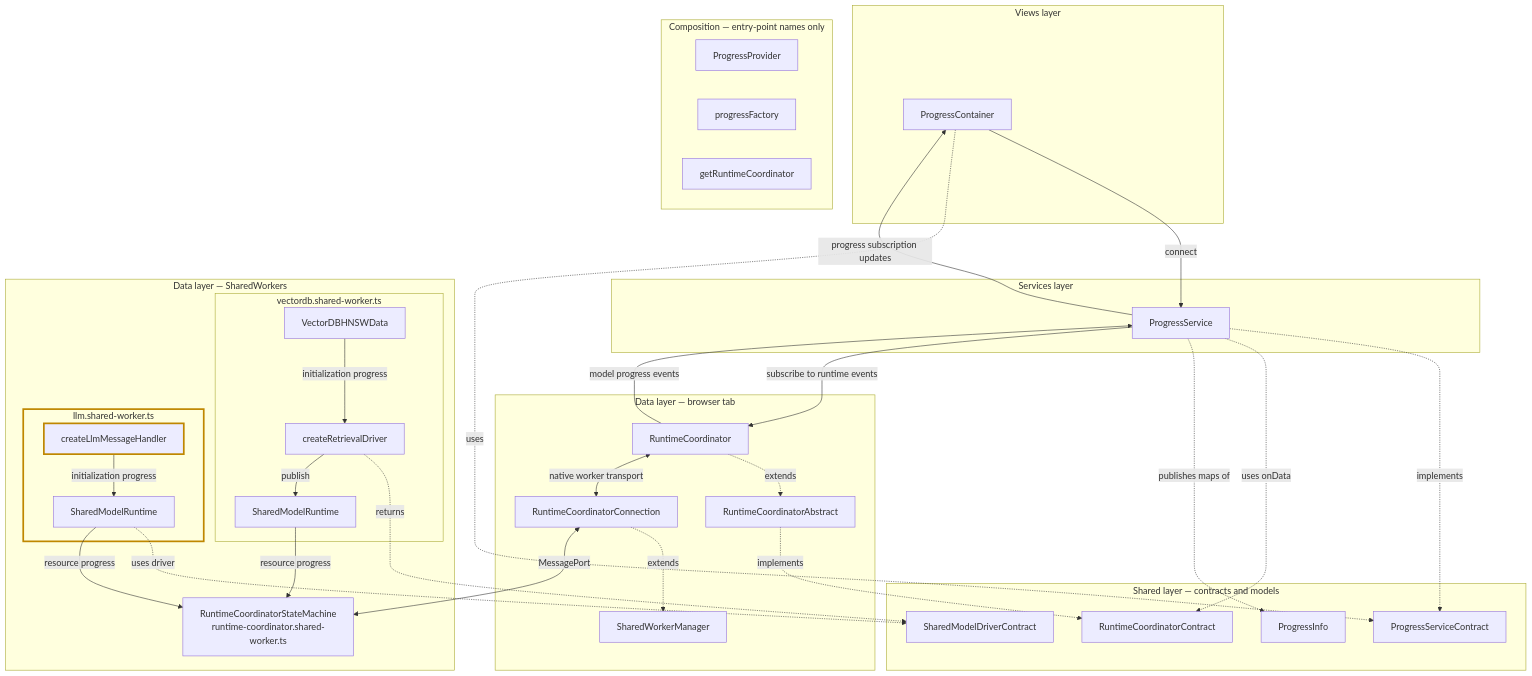
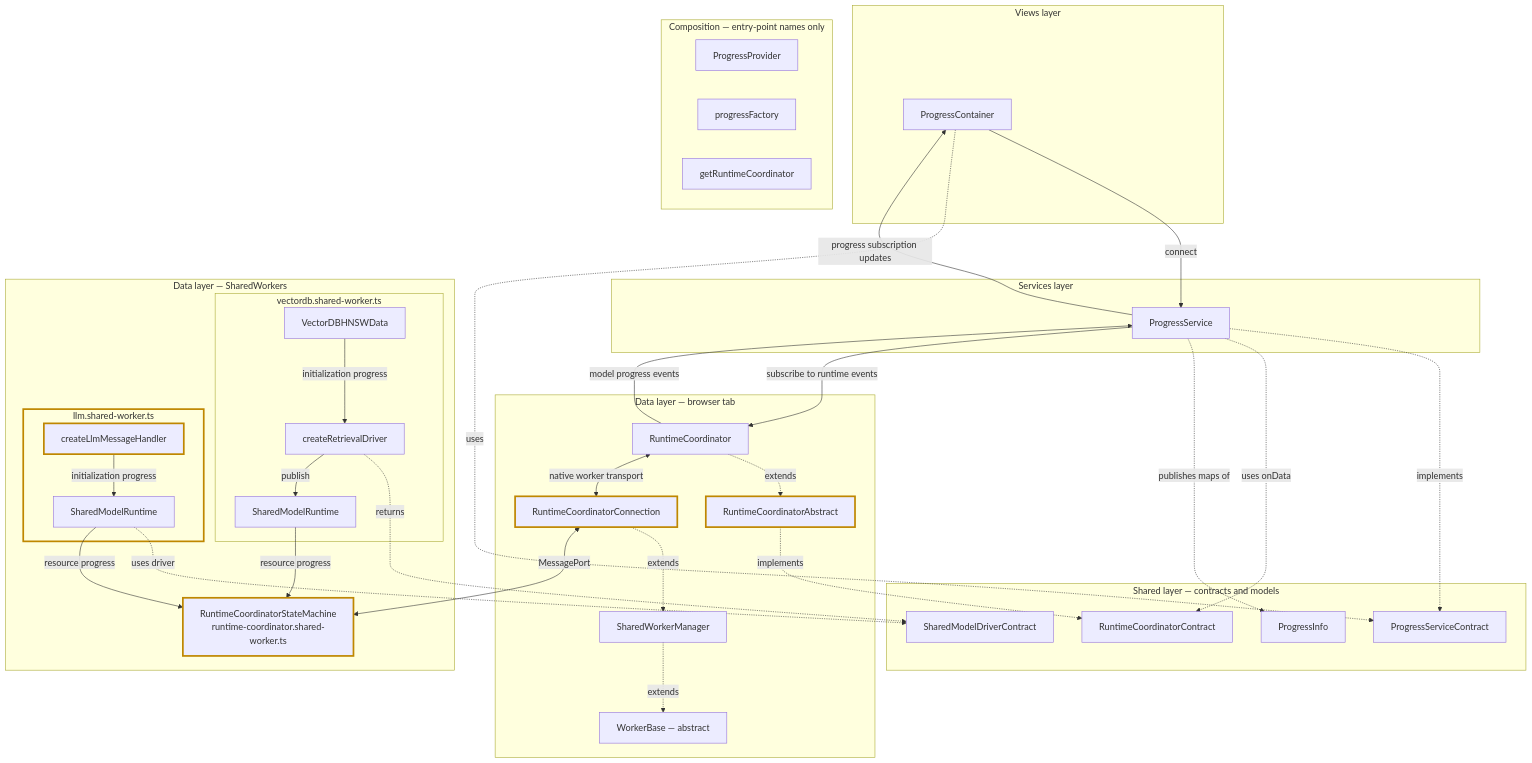
Before and after one commit to ragemous3/personal-webpage: the diagram in docs/architecture/progress-service.md, drawn with Mermaid. The commit also changed other lines of this file and 65 other files, not shown here.

````diff
--- a/docs/architecture/progress-service.md
+++ b/docs/architecture/progress-service.md
@@ -9,64 +9,66 @@
 ```mermaid
 flowchart TB
   subgraph Views["Views layer"]
     UI["ProgressContainer"]
   end
   subgraph Services["Services layer"]
     Progress["ProgressService"]
   end
   subgraph Shared["Shared layer — contracts and models"]
     ProgressContract["ProgressServiceContract"]
     CoordinatorContract["RuntimeCoordinatorContract"]
     ProgressDTO["ProgressInfo"]
     DriverContract["SharedModelDriverContract"]
   end
   subgraph Data["Data layer — browser tab"]
     Coordinator["RuntimeCoordinator"]
     CoordinatorBase["RuntimeCoordinatorAbstract"]
     Connection["RuntimeCoordinatorConnection"]
     Transport["SharedWorkerManager"]
+    WorkerBase["WorkerBase — abstract"]
   end
   subgraph Workers["Data layer — SharedWorkers"]
     Hub["RuntimeCoordinatorStateMachine<br/>runtime-coordinator.shared-worker.ts"]
     subgraph RetrievalWorker["vectordb.shared-worker.ts"]
       Retrieval["SharedModelRuntime"]
       RetrievalDriver["createRetrievalDriver"]
       Index["VectorDBHNSWData"]
     end
     subgraph GenerationWorker["llm.shared-worker.ts"]
       Generation["SharedModelRuntime"]
       GenerationDriver["createLlmMessageHandler"]
     end
   end
   subgraph Composition["Composition — entry-point names only"]
     Provider["ProgressProvider"]
     Factory["progressFactory"]
     RuntimeFactory["getRuntimeCoordinator"]
   end
 
   UI -->|"connect"| Progress
   Progress -->|"progress subscription updates"| UI
   UI -.->|"uses"| ProgressContract
   Progress -.->|"implements"| ProgressContract
   Progress -.->|"uses onData"| CoordinatorContract
   Progress -.->|"publishes maps of"| ProgressDTO
   Progress -->|"subscribe to runtime events"| Coordinator
   Coordinator -->|"model progress events"| Progress
   Coordinator -.->|"extends"| CoordinatorBase
   CoordinatorBase -.->|"implements"| CoordinatorContract
   Coordinator <-->|"native worker transport"| Connection
   Connection -.->|"extends"| Transport
+  Transport -.->|"extends"| WorkerBase
   Connection <-->|"MessagePort"| Hub
   RetrievalDriver -.->|"returns"| DriverContract
   Generation -.->|"uses driver"| DriverContract
   Index -->|"initialization progress"| RetrievalDriver
   RetrievalDriver -->|"publish"| Retrieval
   GenerationDriver -->|"initialization progress"| Generation
   Retrieval -->|"resource progress"| Hub
   Generation -->|"resource progress"| Hub
 
   classDef added stroke:#2da44e,stroke-width:3px;
   classDef modified stroke:#bf8700,stroke-width:3px;
-  class GenerationDriver modified;
+  class GenerationDriver,CoordinatorBase,Connection,Hub modified;
   style GenerationWorker stroke:#bf8700,stroke-width:3px
 ```
````
